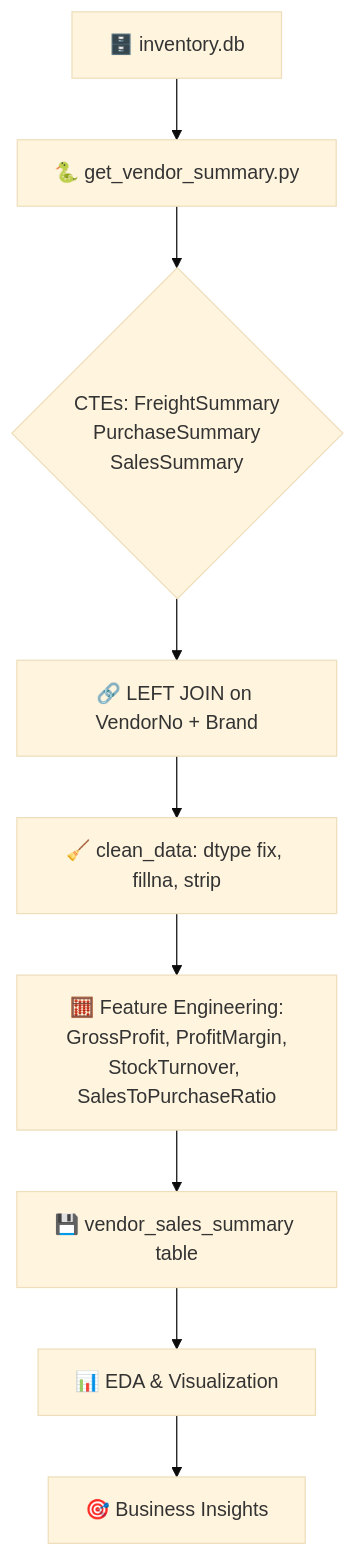
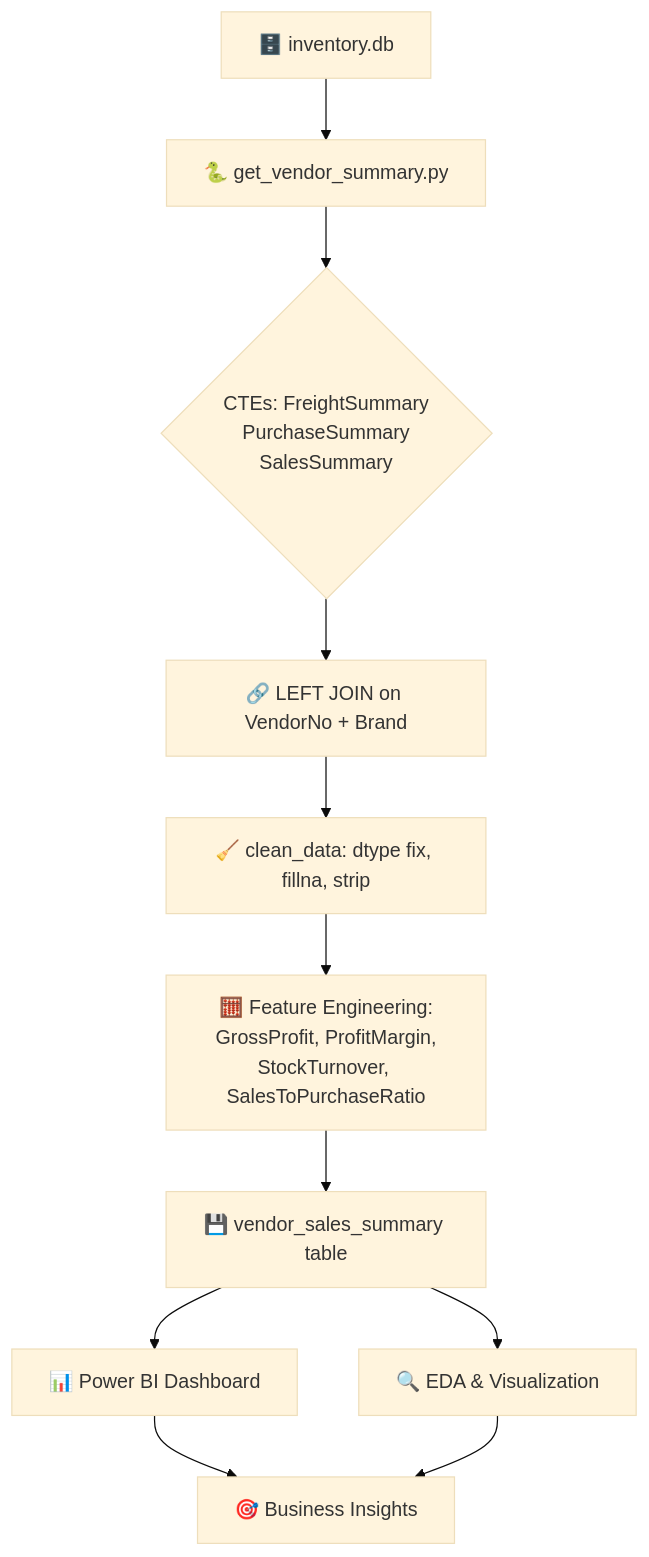
The second of 2 diagrams in README.md (RajayJain/Vendor-Performance-Inventory-Analysis-), drawn with Mermaid (base theme) before and after one commit. The commit also changed other lines of this file, not shown here.

````diff
--- a/README.md
+++ b/README.md
@@ -147,11 +245,13 @@
 ```mermaid
 flowchart TD
     A[🗄️ inventory.db] --> B[🐍 get_vendor_summary.py]
     B --> C{CTEs: FreightSummary<br/>PurchaseSummary<br/>SalesSummary}
     C --> D[🔗 LEFT JOIN on VendorNo + Brand]
     D --> E[🧹 clean_data: dtype fix, fillna, strip]
     E --> F[🧮 Feature Engineering:<br/>GrossProfit, ProfitMargin,<br/>StockTurnover, SalesToPurchaseRatio]
     F --> G[💾 vendor_sales_summary table]
-    G --> H[📊 EDA & Visualization]
-    H --> I[🎯 Business Insights]
+    G --> H[📊 Power BI Dashboard]
+    G --> I[🔍 EDA & Visualization]
+    H --> J[🎯 Business Insights]
+    I --> J
 ```
````
